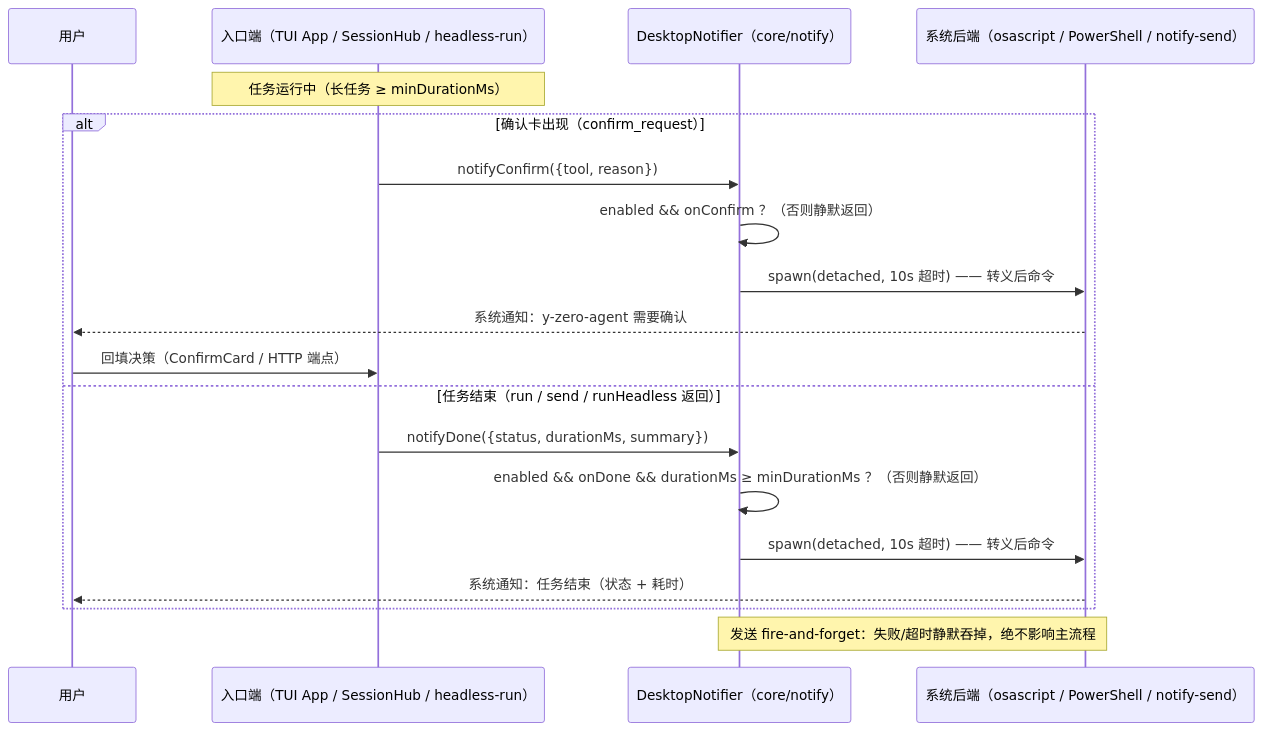
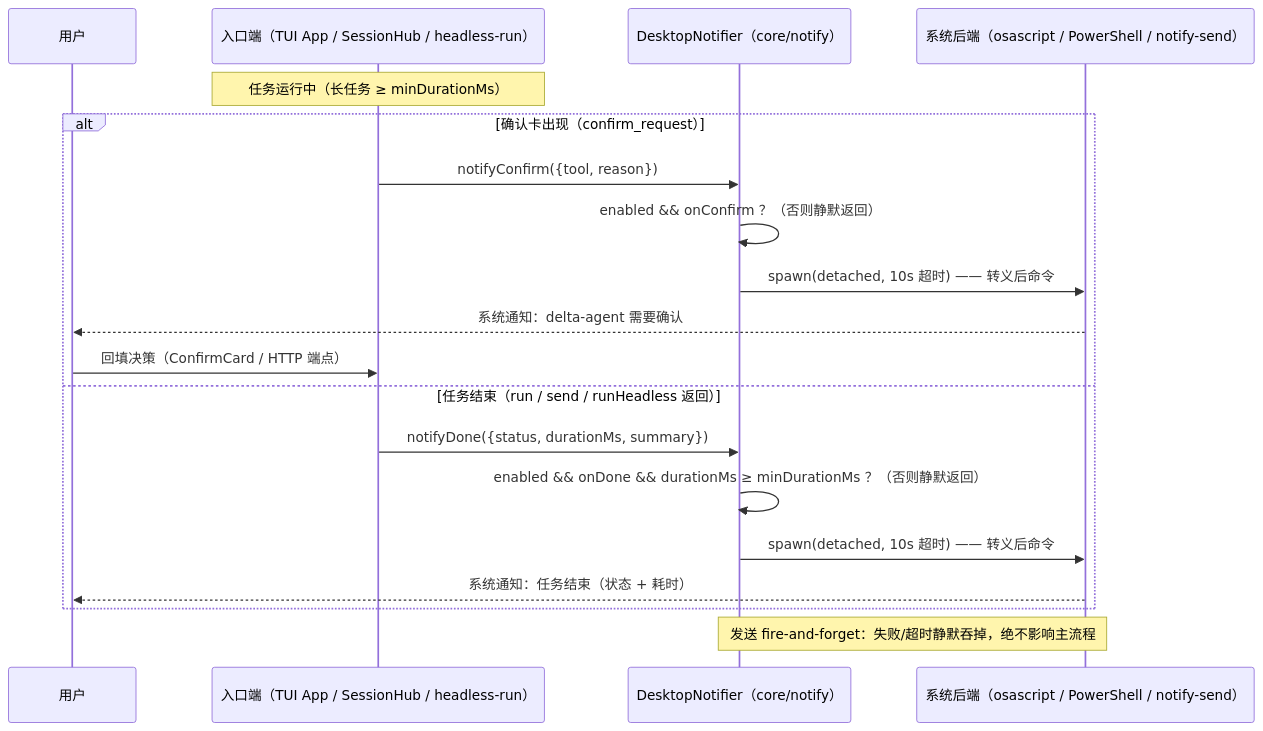
The diagram in docs/sequence-diagram-f33.mermaid (lwly/delta-agent), drawn with Mermaid before and after one commit. The commit also changed 175 other files, not shown here.

First line of the commit message:
refactor!: 更名 y-zero-agent → delta-agent

```diff
--- a/docs/sequence-diagram-f33.mermaid
+++ b/docs/sequence-diagram-f33.mermaid
@@ -1,23 +1,23 @@
 %% F-33 桌面通知：三端触发 → DesktopNotifier → 系统后端（旁路 sink，引擎零改动）
 sequenceDiagram
     participant U as 用户
     participant E as 入口端（TUI App / SessionHub / headless-run）
     participant N as DesktopNotifier（core/notify）
     participant OS as 系统后端（osascript / PowerShell / notify-send）
 
     Note over E: 任务运行中（长任务 ≥ minDurationMs）
 
     alt 确认卡出现（confirm_request）
         E->>N: notifyConfirm({tool, reason})
         N->>N: enabled && onConfirm ？（否则静默返回）
         N->>OS: spawn(detached, 10s 超时) —— 转义后命令
-        OS-->>U: 系统通知：y-zero-agent 需要确认
+        OS-->>U: 系统通知：delta-agent 需要确认
         U->>E: 回填决策（ConfirmCard / HTTP 端点）
     else 任务结束（run / send / runHeadless 返回）
         E->>N: notifyDone({status, durationMs, summary})
         N->>N: enabled && onDone && durationMs ≥ minDurationMs ？（否则静默返回）
         N->>OS: spawn(detached, 10s 超时) —— 转义后命令
         OS-->>U: 系统通知：任务结束（状态 + 耗时）
     end
 
     Note over N,OS: 发送 fire-and-forget：失败/超时静默吞掉，绝不影响主流程
```
